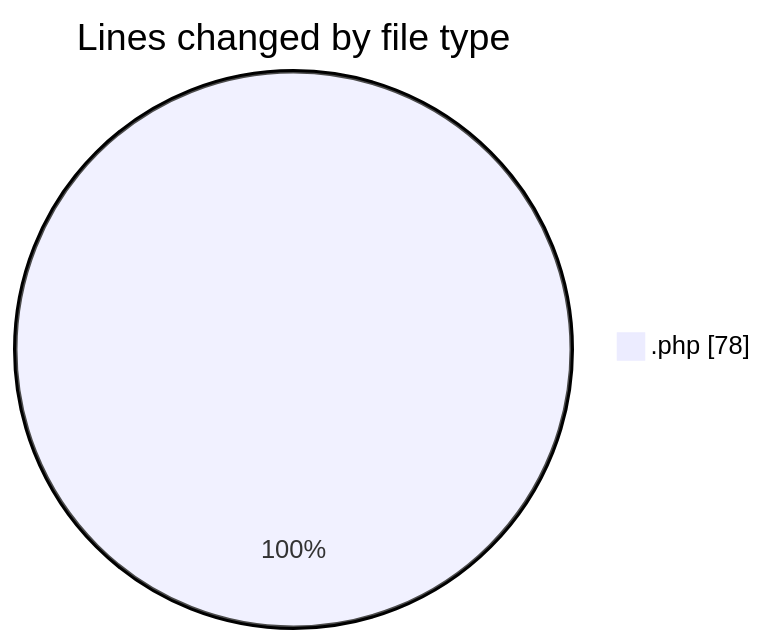
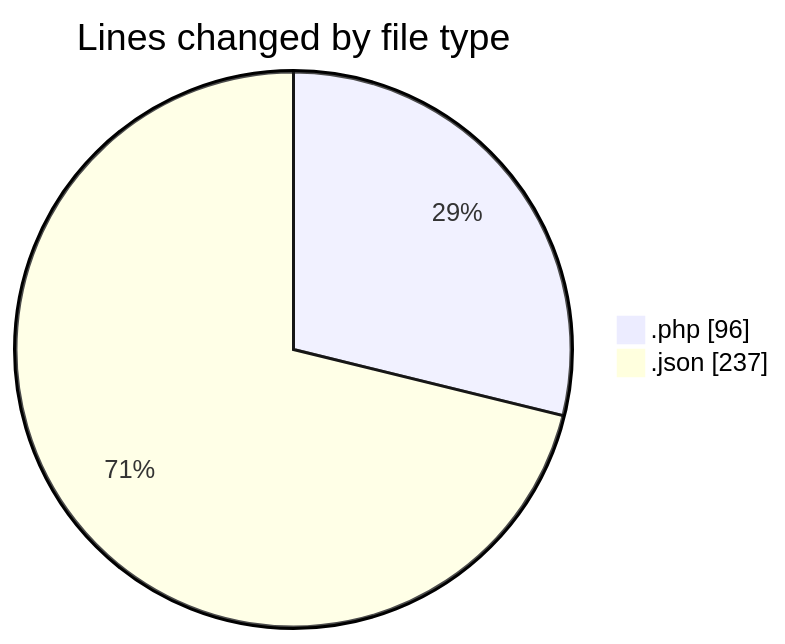
Before and after one commit to idhammustaqopulfikri/code-tracking: the first of 2 diagrams in 2025-06-09/studio-backend/README.md, drawn with Mermaid. The commit also changed other lines of this file and 1 other file, not shown here.

````diff
--- a/2025-06-09/studio-backend/README.md
+++ b/2025-06-09/studio-backend/README.md
@@ -20,5 +21,6 @@
 ```mermaid
 pie showData
 title Lines changed by file type
-".php" : 78
+".php" : 96
+".json" : 237
 ```
````
